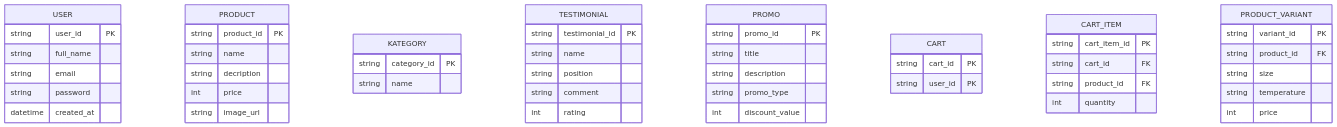
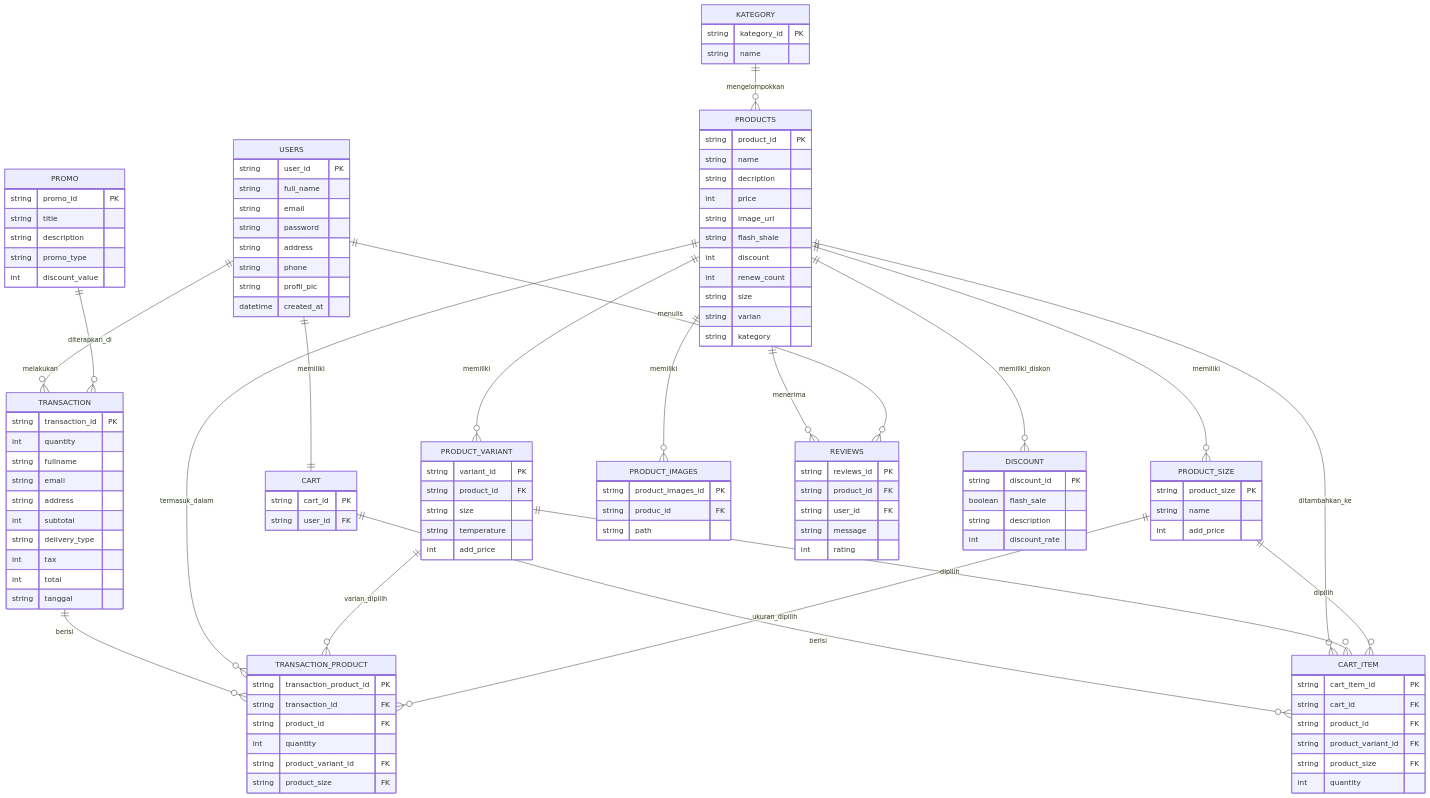
One commit to adityabastyas/koda-b6-db changed the diagram in README.md. Above: the diagram before and after it, drawn with Mermaid.

Commit message:
feat: add Update ERD structure and improve entity relationships

````diff
--- a/README.md
+++ b/README.md
@@ -3,34 +3,36 @@
 ```mermaid
 erDiagram
 
-    USER {
+    USERS {
         string user_id PK
         string full_name
         string email
         string password
+        string address
+        string phone
+        string profil_pic
         datetime created_at
     }
 
-    PRODUCT {
+    PRODUCTS {
       string product_id PK
       string name
       string decription
       int price
       string image_url
+      string flash_shale
+      int discount
+      int renew_count
+      string size
+      string varian
+      string kategory
     }
 
     KATEGORY {
-      string category_id PK
+      string kategory_id PK
       string name
     }
 
-    TESTIMONIAL {
-      string testimonial_id PK
-      string name
-      string position
-      string comment
-      int rating
-    }
 
     PROMO {
       string promo_id PK
@@ -42,13 +44,15 @@
 
     CART {
       string cart_id PK
-      string user_id PK
+      string user_id FK
     }
 
     CART_ITEM {
     string cart_item_id PK
     string cart_id FK
     string product_id FK
+    string product_variant_id FK
+    string product_size FK
     int quantity
     }
 
@@ -57,8 +61,79 @@
       string product_id FK
       string size
       string temperature
-      int price
+      int add_price
     }
+
+    PRODUCT_SIZE{
+      string product_size PK
+      string name
+      int add_price
+
+    }
+
+    TRANSACTION {
+      string transaction_id PK
+      int quantity
+      string fullname
+      string email
+      string address
+      int subtotal
+      string delivery_type
+      int tax
+      int total
+      string tanggal
+    }
+
+    TRANSACTION_PRODUCT {
+      string transaction_product_id PK
+      string transaction_id FK
+      string product_id FK
+      int quantity
+      string product_variant_id FK 
+      string product_size FK
+    }
+
+    PRODUCT_IMAGES{
+      string product_images_id PK
+      string produc_id FK
+      string path
+    }
+
+    REVIEWS{
+     string reviews_id PK
+     string product_id FK
+     string user_id FK
+     string message
+     int rating
+    }
+
+    DISCOUNT{
+      string discount_id PK
+      boolean flash_sale
+      string description
+      int discount_rate
+    }
+
+    USERS ||--|| CART : memiliki
+    CART ||--o{ CART_ITEM : berisi
+    PRODUCTS ||--o{ CART_ITEM : ditambahkan_ke
+    PRODUCT_VARIANT ||--o{ CART_ITEM : dipilih
+    PRODUCT_SIZE ||--o{ CART_ITEM : dipilih
+
+    KATEGORY ||--o{ PRODUCTS : mengelompokkan
+    PRODUCTS ||--o{ PRODUCT_VARIANT : memiliki
+    PRODUCTS ||--o{ PRODUCT_SIZE : memiliki
+    PRODUCTS ||--o{ PRODUCT_IMAGES : memiliki
+    PRODUCTS ||--o{ REVIEWS : menerima
+    PRODUCTS ||--o{ DISCOUNT : memiliki_diskon
+    USERS ||--o{ REVIEWS : menulis
+
+    USERS ||--o{ TRANSACTION : melakukan
+    TRANSACTION ||--o{ TRANSACTION_PRODUCT : berisi
+    PRODUCTS ||--o{ TRANSACTION_PRODUCT : termasuk_dalam
+    PRODUCT_VARIANT ||--o{ TRANSACTION_PRODUCT : varian_dipilih
+    PRODUCT_SIZE ||--o{ TRANSACTION_PRODUCT : ukuran_dipilih
+    PROMO ||--o{ TRANSACTION : diterapkan_di
 
 
 ```
````
